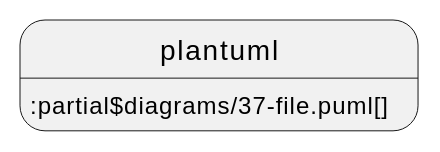
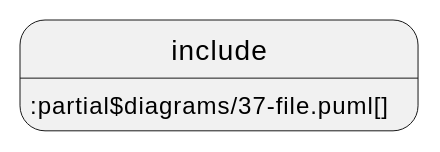
Before and after one commit to acplt/aas-specs: the tenth of 18 diagrams in documentation/IDTA-01001/modules/ROOT/pages/spec-metamodel/submodel-elements.adoc, drawn with PlantUML. The commit also changed other lines of this file and 14 other files, not shown here.

First line of the commit message:
Revert "Use plantuml instead of include and test ./"

```diff
--- a/documentation/IDTA-01001/modules/ROOT/pages/spec-metamodel/submodel-elements.adoc
+++ b/documentation/IDTA-01001/modules/ROOT/pages/spec-metamodel/submodel-elements.adoc
@@ -477,4 +477,4 @@
 [plantuml, 37-file, svg]
 ....
-plantuml::partial$diagrams/37-file.puml[]
+include::partial$diagrams/37-file.puml[]
 ....
```
